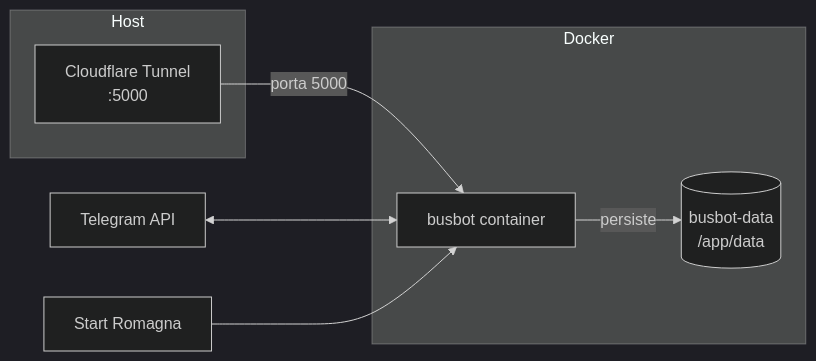
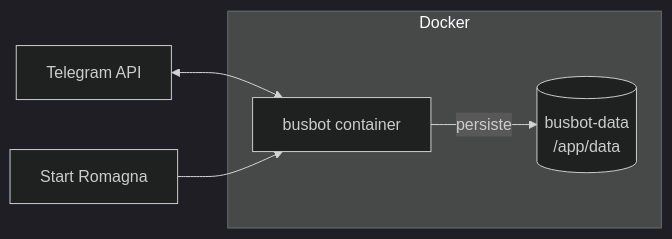
The sixth of 6 diagrams in README.md (Ceccaa/BusBot), drawn with Mermaid (dark theme) before and after one commit. The commit also changed other lines of this file and 11 other files, not shown here.

````diff
--- a/README.md
+++ b/README.md
@@ -305,14 +439,10 @@
 ```mermaid
 graph LR
-    subgraph Host
-        CF[Cloudflare Tunnel<br/>:5000]
-    end
     subgraph Docker
         C[busbot container]
-        V[(busbot-data<br/>/app/data)]
+        V[("busbot-data<br/>/app/data")]
         C -- persiste --> V
     end
-    CF -- porta 5000 --> C
     TG[Telegram API] <--> C
     SR[Start Romagna] --> C
 ```
````
